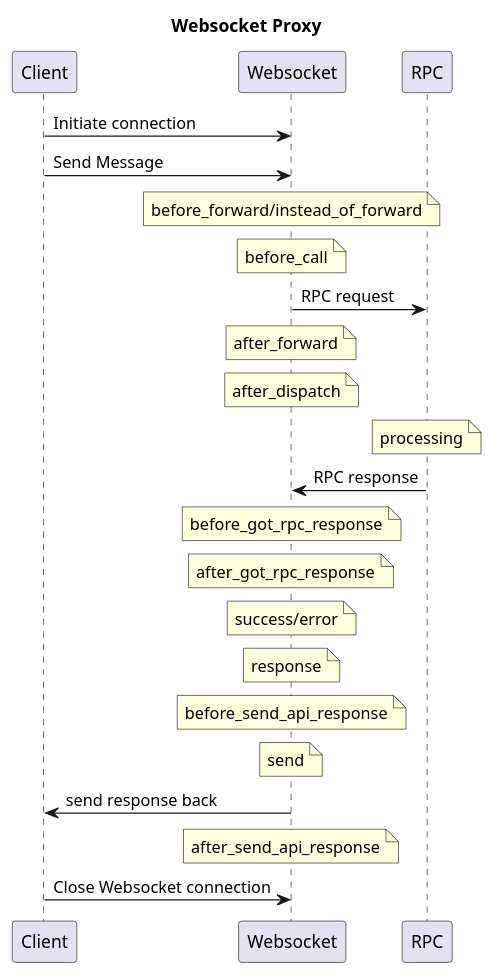
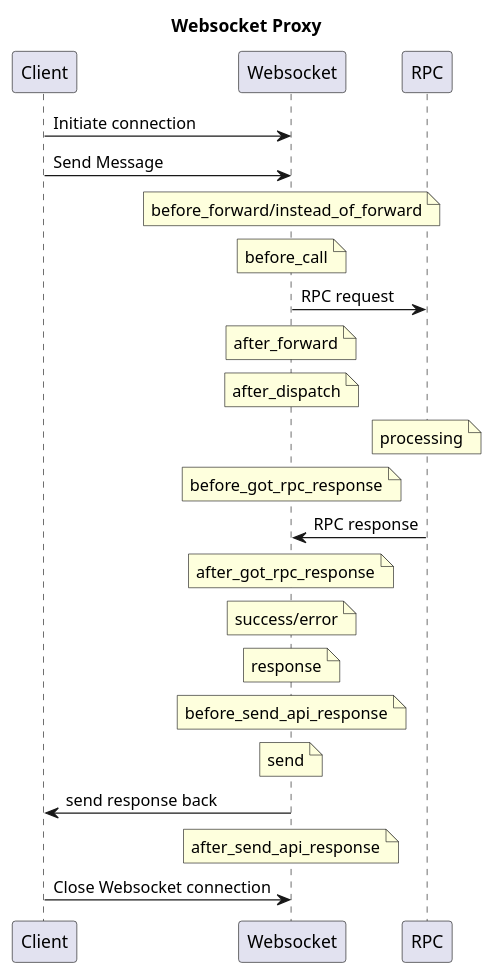
Before and after one commit to deriv-com/perl-Mojo-WebSocketProxy: the diagram in README.md, drawn with PlantUML. The commit also changed other lines of this file, not shown here.

Commit message:
add descrption about instead_of_forward,before_call hook

```diff
--- a/README.md
+++ b/README.md
@@ -110,33 +110,34 @@
 @startuml;
 title Websocket Proxy
 
 participant Client
 
 Client->Websocket:Initiate connection
 Client->Websocket:Send Message
 
 note over Websocket: before_forward/instead_of_forward
 note over Websocket: before_call
 
 Websocket->RPC: RPC request
 
 note over Websocket: after_forward
 note over Websocket: after_dispatch
 
 note over RPC: processing
 
+note over Websocket: before_got_rpc_response
+
 RPC->Websocket: RPC response
 
-note over Websocket: before_got_rpc_response
 note over Websocket: after_got_rpc_response
 note over Websocket: success/error
 note over Websocket: response
 note over Websocket: before_send_api_response
 note over Websocket: send
 
 Websocket->Client:send response back
 
 note over Websocket: after_send_api_response
 
 Client->Websocket:Close Websocket connection
 @enduml
```
